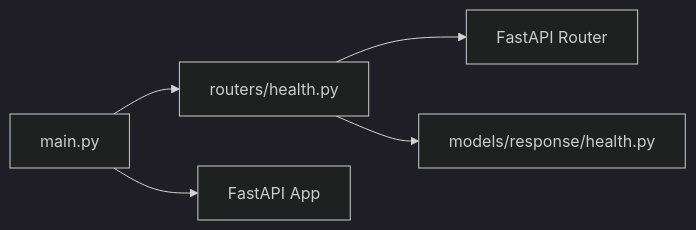
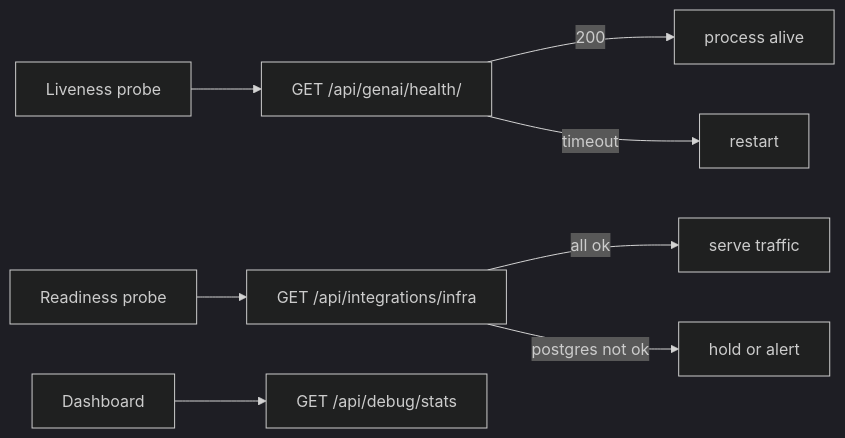
The fifth of 5 diagrams in src/data/docs/agentic-browser/API Server/Health and Monitoring API.md (tashifkhan/tashif.codes), drawn with Mermaid (dark theme) before and after one commit. The commit also changed other lines of this file and 114 other files, not shown here.

````diff
--- a/src/data/docs/agentic-browser/API Server/Health and Monitoring API.md
+++ b/src/data/docs/agentic-browser/API Server/Health and Monitoring API.md
@@ -95,7 +188,10 @@
 ```mermaid
-graph LR
-A["routers/health.py"] --> B["FastAPI Router"]
-A --> C["models/response/health.py"]
-D["main.py"] --> A
-D --> E["FastAPI App"]
+flowchart LR
+  A["Liveness probe"] --> B["GET /api/genai/health/"]
+  B -->|"200"| C["process alive"]
+  B -->|"timeout"| D["restart"]
+  E["Readiness probe"] --> F["GET /api/integrations/infra"]
+  F -->|"all ok"| G["serve traffic"]
+  F -->|"postgres not ok"| H["hold or alert"]
+  I["Dashboard"] --> J["GET /api/debug/stats"]
 ```
````
